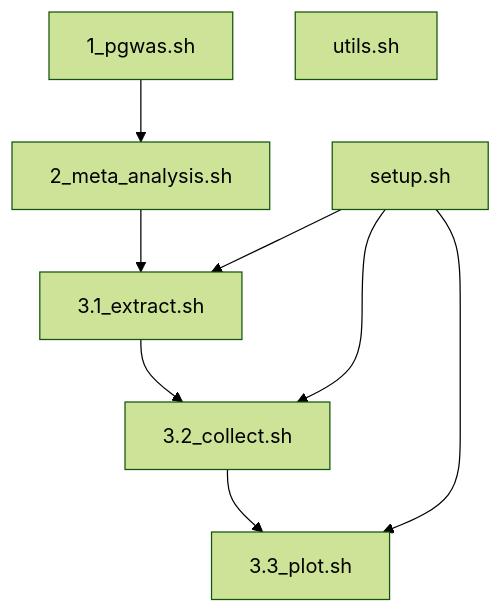
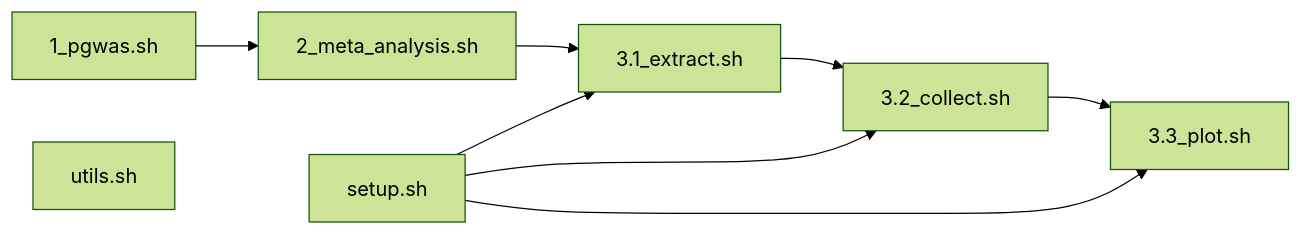
The first of 2 diagrams in peptide_progs/README.md (jinghuazhao/Caprion), drawn with Mermaid (forest theme) before and after one commit.

Commit message:
Analysis

````diff
--- a/peptide_progs/README.md
+++ b/peptide_progs/README.md
@@ -25,14 +25,14 @@
 ```mermaid
-graph TD;
+graph LR;
 1_pgwas.sh
 2_meta_analysis.sh
 setup.sh
 3.1_extract.sh
 3.2_collect.sh
 3.3_plot.sh
 1_pgwas.sh --> 2_meta_analysis.sh --> 3.1_extract.sh --> 3.2_collect.sh --> 3.3_plot.sh
 setup.sh --> 3.1_extract.sh
 setup.sh --> 3.2_collect.sh
 setup.sh --> 3.3_plot.sh
 utils.sh
 ```
````
